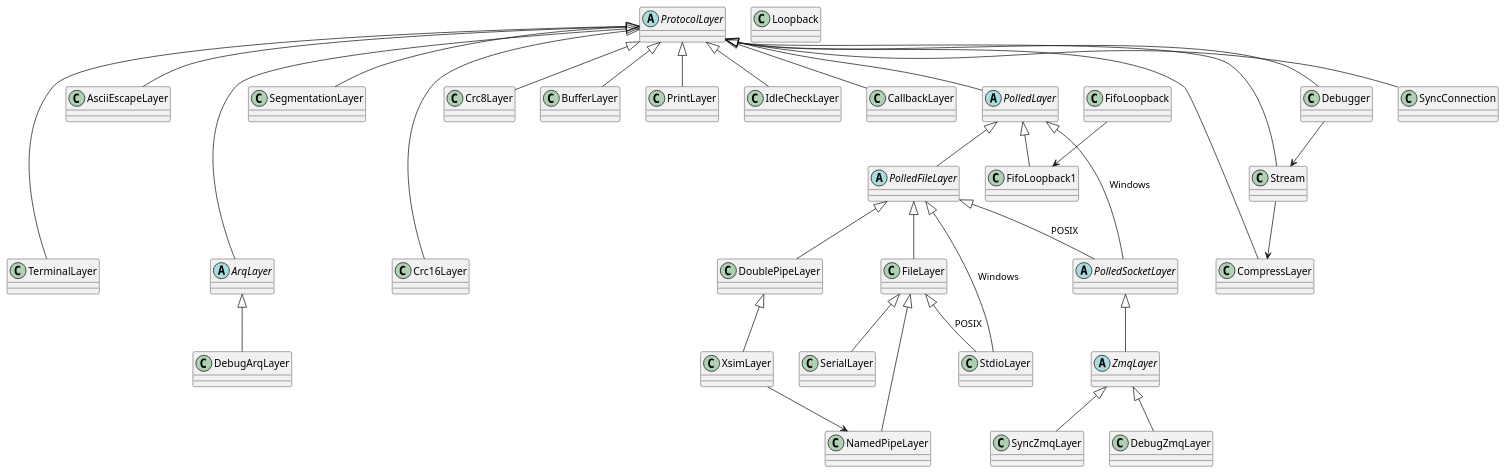
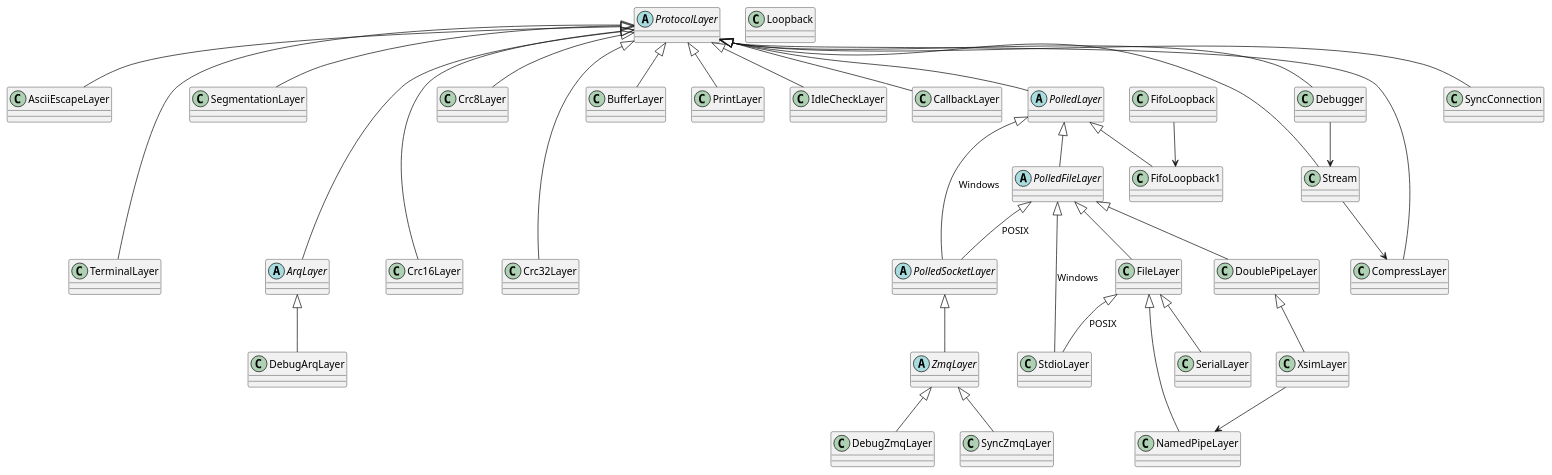
Before and after one commit to DEMCON/libstored: the diagram in sphinx/doc/cpp_protocol.rst, drawn with PlantUML. The commit also changed other lines of this file and 16 other files, not shown here.

```diff
--- a/sphinx/doc/cpp_protocol.rst
+++ b/sphinx/doc/cpp_protocol.rst
@@ -78,51 +80,53 @@
 .. uml::
 
    abstract ProtocolLayer
    ProtocolLayer <|-- AsciiEscapeLayer
    ProtocolLayer <|-- TerminalLayer
    AsciiEscapeLayer -[hidden]--> TerminalLayer
    ProtocolLayer <|-- SegmentationLayer
    ProtocolLayer <|-- Crc8Layer
    ProtocolLayer <|-- Crc16Layer
+   ProtocolLayer <|-- Crc32Layer
    Crc8Layer -[hidden]--> Crc16Layer
+   Crc8Layer -[hidden]--> Crc32Layer
    ProtocolLayer <|-- BufferLayer
    ProtocolLayer <|-- PrintLayer
    ProtocolLayer <|-- IdleCheckLayer
    ProtocolLayer <|-- CallbackLayer
 
    abstract ArqLayer
    SegmentationLayer -[hidden]--> ArqLayer
    ProtocolLayer <|-- ArqLayer
    ArqLayer <|-- DebugArqLayer
 
    abstract PolledLayer
    abstract PolledFileLayer
    abstract PolledSocketLayer
    ProtocolLayer <|-- PolledLayer
    PolledLayer <|-- PolledFileLayer
    PolledFileLayer <|-- FileLayer
    FileLayer <|-- NamedPipeLayer
    PolledFileLayer <|-- DoublePipeLayer
    DoublePipeLayer <|-- XsimLayer
    XsimLayer --> NamedPipeLayer
    PolledLayer <|-- PolledSocketLayer : Windows
    PolledFileLayer <|-- PolledSocketLayer : POSIX
    PolledFileLayer <|-- StdioLayer : Windows
    FileLayer <|-- StdioLayer : POSIX
    ProtocolLayer <|-- CompressLayer
    PolledLayer <|-- FifoLoopback1
    FileLayer <|-- SerialLayer
 
    ProtocolLayer <|-- Stream
    Debugger --> Stream
    Stream --> CompressLayer
    ProtocolLayer <|-- Debugger
    ProtocolLayer <|-- SyncConnection
 
    abstract ZmqLayer
    PolledSocketLayer <|-- ZmqLayer
    ZmqLayer <|-- DebugZmqLayer
    ZmqLayer <|-- SyncZmqLayer
 
    class Loopback
    FifoLoopback --> FifoLoopback1
```
